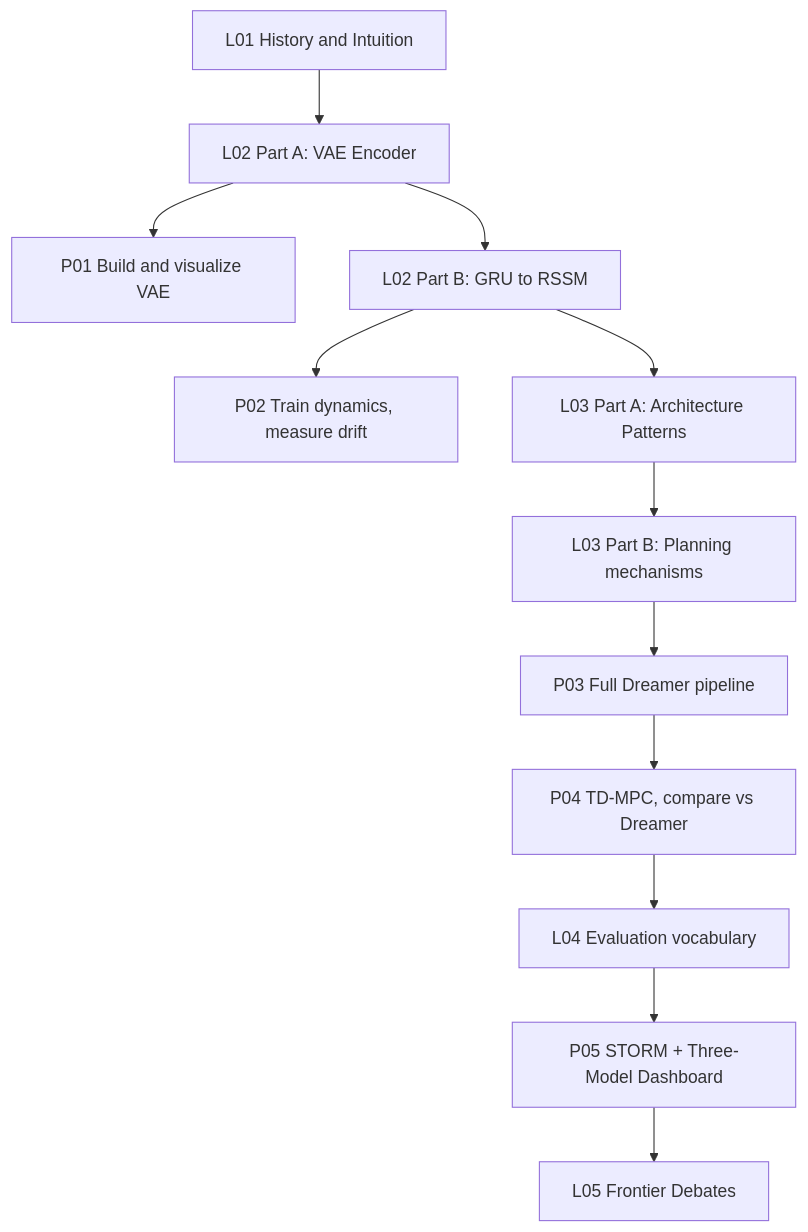
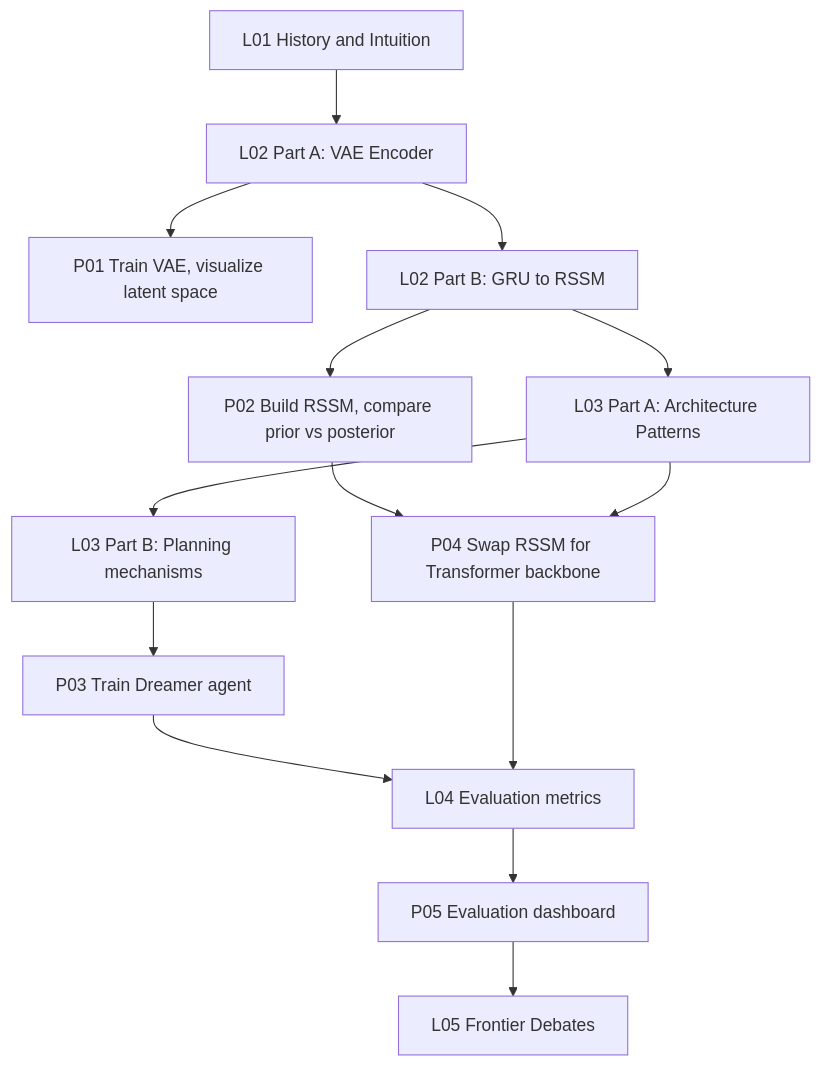
One commit to datawhalechina/learn-world-model changed the diagram in README.md. Above: the diagram before and after it, drawn with Mermaid. The commit also changed other lines of this file and 19 other files, not shown here.

````diff
--- a/README.md
+++ b/README.md
@@ -62,14 +62,15 @@
 ```mermaid
 flowchart TD
     L01["L01 History and Intuition"] --> L02A
-    L02A["L02 Part A: VAE Encoder"] --> P01["P01 Build and visualize VAE"]
+    L02A["L02 Part A: VAE Encoder"] --> P01["P01 Train VAE, visualize latent space"]
     L02A --> L02B["L02 Part B: GRU to RSSM"]
-    L02B --> P02["P02 Train dynamics, measure drift"]
+    L02B --> P02["P02 Build RSSM, compare prior vs posterior"]
     L02B --> L03A["L03 Part A: Architecture Patterns"]
     L03A --> L03B["L03 Part B: Planning mechanisms"]
-    L03B --> P03["P03 Full Dreamer pipeline"]
-    P03 --> P04["P04 TD-MPC, compare vs Dreamer"]
-    P04 --> L04["L04 Evaluation vocabulary"]
-    L04 --> P05["P05 STORM + Three-Model Dashboard"]
+    L03B --> P03["P03 Train Dreamer agent"]
+    P02 --> P04["P04 Swap RSSM for Transformer backbone"]
+    L03A --> P04
+    P03 & P04 --> L04["L04 Evaluation metrics"]
+    L04 --> P05["P05 Evaluation dashboard"]
     P05 --> L05["L05 Frontier Debates"]
 ```
````
